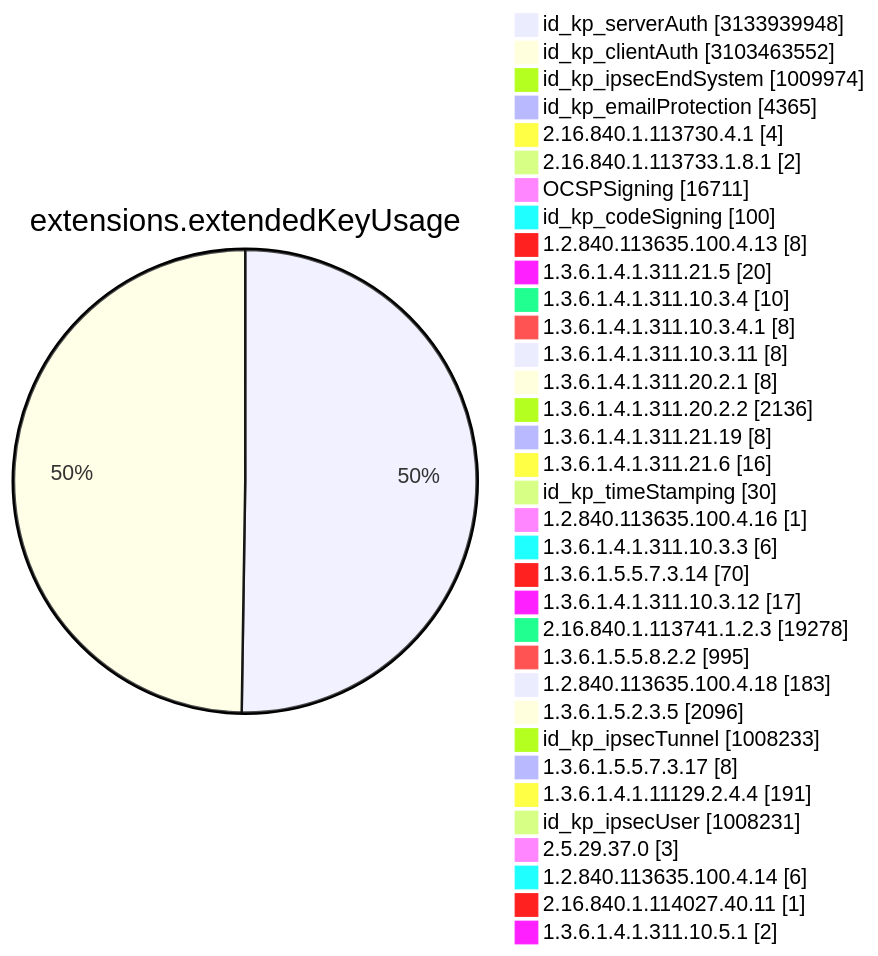
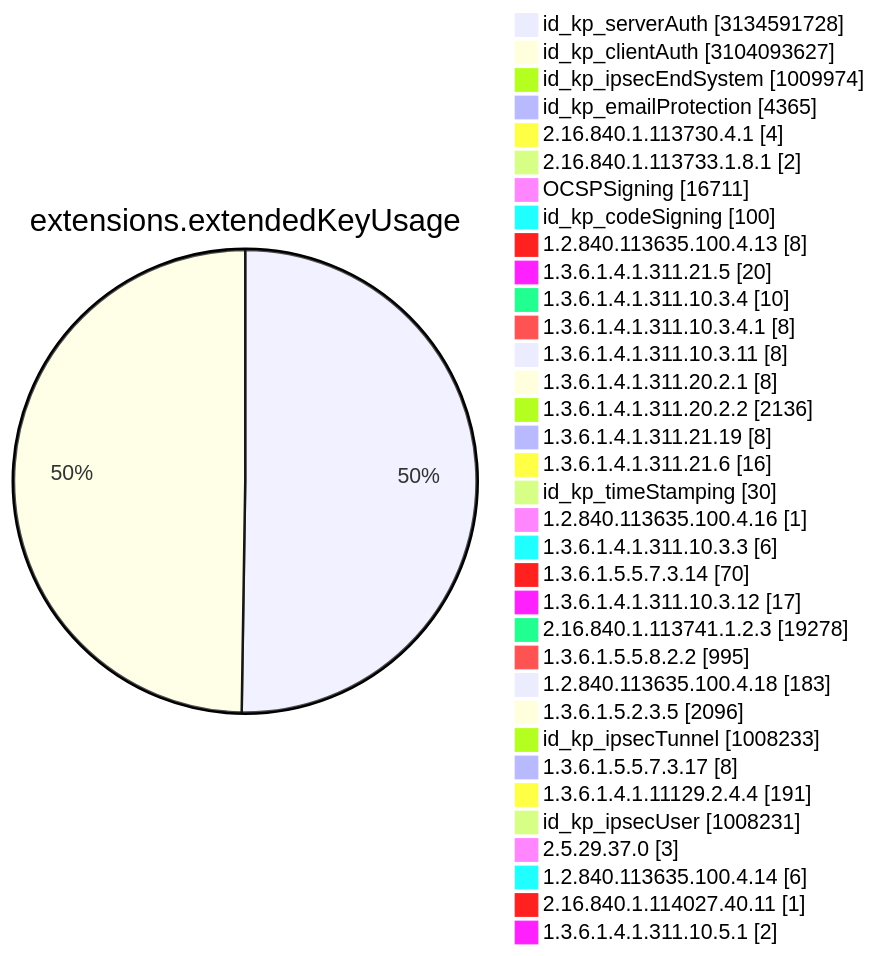
Diagram 11 of 15 in TOTAL/README.md (christiankrug/ctmonitor_visualization), drawn with Mermaid before and after one commit. The commit also changed other lines of this file, not shown here.

````diff
--- a/TOTAL/README.md
+++ b/TOTAL/README.md
@@ -4117,38 +4117,38 @@
 ```mermaid
 pie showData
 title extensions.extendedKeyUsage
-"id_kp_serverAuth" :3133939948
-"id_kp_clientAuth" :3103463552
+"id_kp_serverAuth" :3134591728
+"id_kp_clientAuth" :3104093627
 "id_kp_ipsecEndSystem" :1009974
 "id_kp_emailProtection" :4365
 "2.16.840.1.113730.4.1" :4
 "2.16.840.1.113733.1.8.1" :2
 "OCSPSigning" :16711
 "id_kp_codeSigning" :100
 "1.2.840.113635.100.4.13" :8
 "1.3.6.1.4.1.311.21.5" :20
 "1.3.6.1.4.1.311.10.3.4" :10
 "1.3.6.1.4.1.311.10.3.4.1" :8
 "1.3.6.1.4.1.311.10.3.11" :8
 "1.3.6.1.4.1.311.20.2.1" :8
 "1.3.6.1.4.1.311.20.2.2" :2136
 "1.3.6.1.4.1.311.21.19" :8
 "1.3.6.1.4.1.311.21.6" :16
 "id_kp_timeStamping" :30
 "1.2.840.113635.100.4.16" :1
 "1.3.6.1.4.1.311.10.3.3" :6
 "1.3.6.1.5.5.7.3.14" :70
 "1.3.6.1.4.1.311.10.3.12" :17
 "2.16.840.1.113741.1.2.3" :19278
 "1.3.6.1.5.5.8.2.2" :995
 "1.2.840.113635.100.4.18" :183
 "1.3.6.1.5.2.3.5" :2096
 "id_kp_ipsecTunnel" :1008233
 "1.3.6.1.5.5.7.3.17" :8
 "1.3.6.1.4.1.11129.2.4.4" :191
 "id_kp_ipsecUser" :1008231
 "2.5.29.37.0" :3
 "1.2.840.113635.100.4.14" :6
 "2.16.840.1.114027.40.11" :1
 "1.3.6.1.4.1.311.10.5.1" :2
 ```
````
